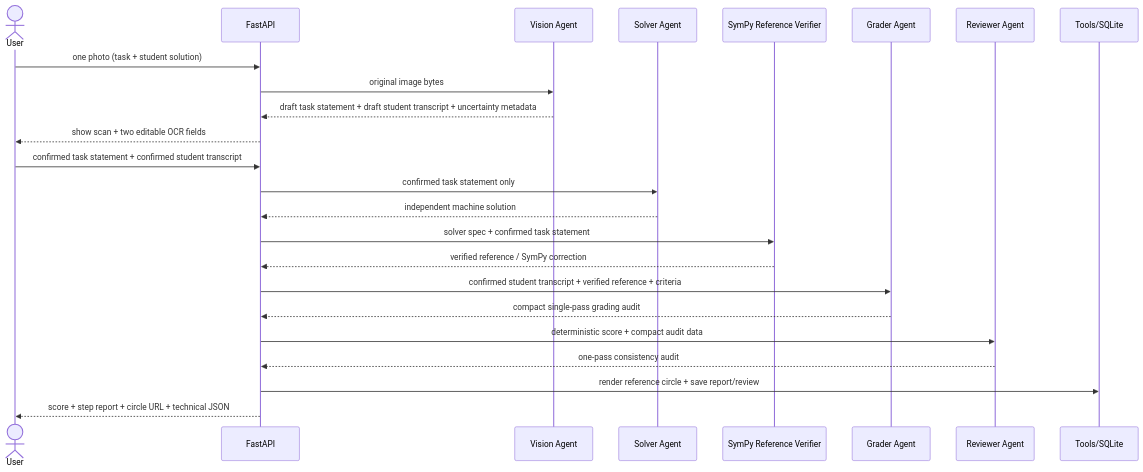
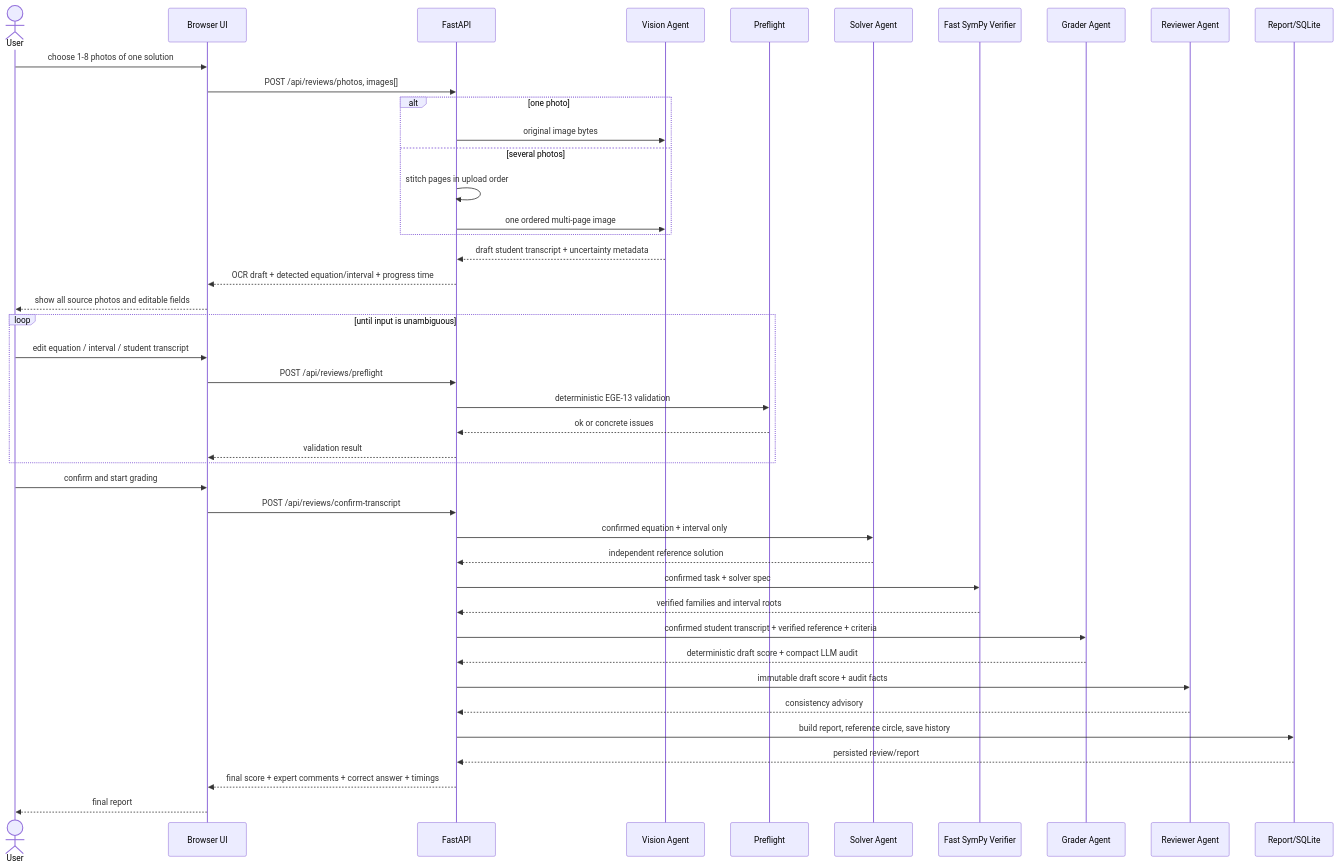
One commit to Arthur200014/MathCheckAi changed the diagram in docs/sequence.mmd. Above: the diagram before and after it, drawn with Mermaid.

Commit message:
update sequence

```diff
--- a/docs/sequence.mmd
+++ b/docs/sequence.mmd
@@ -1,25 +1,46 @@
 sequenceDiagram
     actor U as User
+    participant UI as Browser UI
     participant API as FastAPI
     participant V as Vision Agent
+    participant PF as Preflight
     participant S as Solver Agent
-    participant RV as SymPy Reference Verifier
+    participant RV as Fast SymPy Verifier
     participant G as Grader Agent
     participant R as Reviewer Agent
-    participant T as Tools/SQLite
+    participant T as Report/SQLite
 
-    U->>API: one photo (task + student solution)
-    API->>V: original image bytes
-    V-->>API: draft task statement + draft student transcript + uncertainty metadata
-    API-->>U: show scan + two editable OCR fields
-    U->>API: confirmed task statement + confirmed student transcript
-    API->>S: confirmed task statement only
-    S-->>API: independent machine solution
-    API->>RV: solver spec + confirmed task statement
-    RV-->>API: verified reference / SymPy correction
+    U->>UI: choose 1-8 photos of one solution
+    UI->>API: POST /api/reviews/photos, images[]
+    alt one photo
+        API->>V: original image bytes
+    else several photos
+        API->>API: stitch pages in upload order
+        API->>V: one ordered multi-page image
+    end
+    V-->>API: draft student transcript + uncertainty metadata
+    API-->>UI: OCR draft + detected equation/interval + progress time
+    UI-->>U: show all source photos and editable fields
+
+    loop until input is unambiguous
+        U->>UI: edit equation / interval / student transcript
+        UI->>API: POST /api/reviews/preflight
+        API->>PF: deterministic EGE-13 validation
+        PF-->>API: ok or concrete issues
+        API-->>UI: validation result
+    end
+
+    U->>UI: confirm and start grading
+    UI->>API: POST /api/reviews/confirm-transcript
+    API->>S: confirmed equation + interval only
+    S-->>API: independent reference solution
+    API->>RV: confirmed task + solver spec
+    RV-->>API: verified families and interval roots
     API->>G: confirmed student transcript + verified reference + criteria
-    G-->>API: compact single-pass grading audit
-    API->>R: deterministic score + compact audit data
-    R-->>API: one-pass consistency audit
-    API->>T: render reference circle + save report/review
-    API-->>U: score + step report + circle URL + technical JSON
+    G-->>API: deterministic draft score + compact LLM audit
+    API->>R: immutable draft score + audit facts
+    R-->>API: consistency advisory
+    API->>T: build report, reference circle, save history
+    T-->>API: persisted review/report
+    API-->>UI: final score + expert comments + correct answer + timings
+    UI-->>U: final report
```
